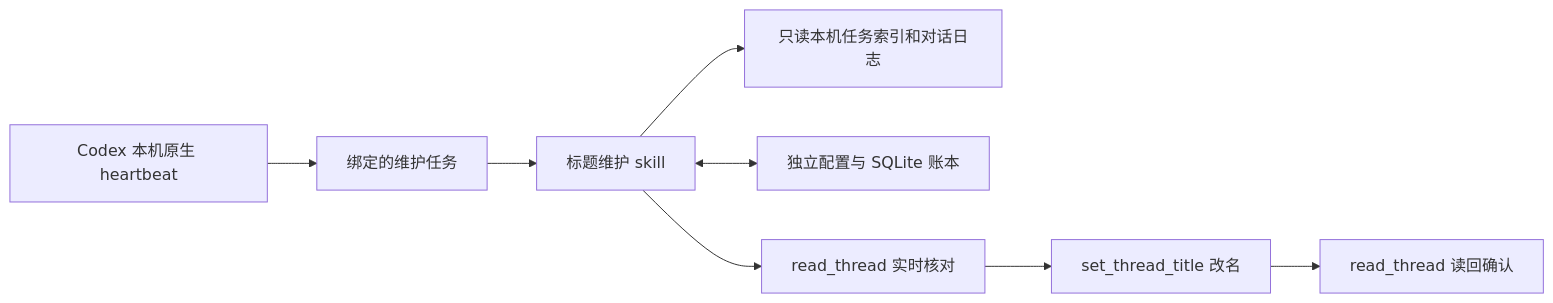
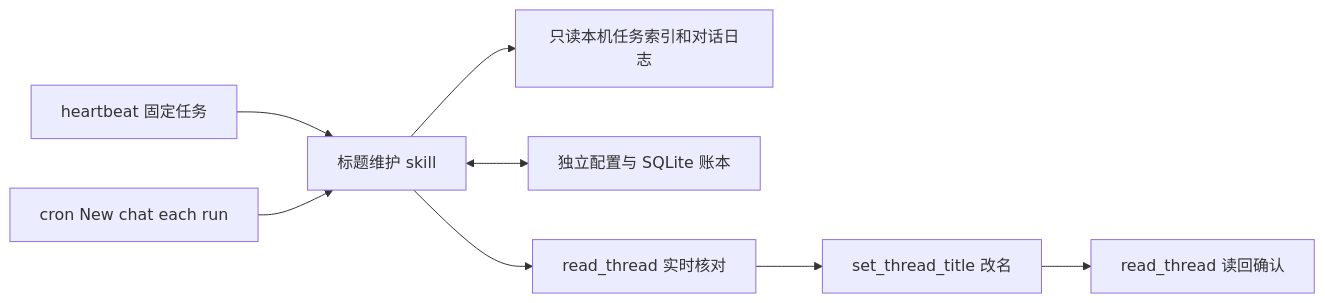
The diagram in README.md (tyler4400/codex-title-maintenance), drawn with Mermaid before and after one commit. The commit also changed other lines of this file and 14 other files, not shown here.

````diff
--- a/README.md
+++ b/README.md
@@ -65,10 +65,10 @@
 ```mermaid
 flowchart LR
-    A[Codex 本机原生 heartbeat] --> B[绑定的维护任务]
-    B --> C[标题维护 skill]
+    A[heartbeat 固定任务] --> C[标题维护 skill]
+    B[cron New chat each run] --> C
     C --> D[只读本机任务索引和对话日志]
     C <--> E[独立配置与 SQLite 账本]
     C --> F[read_thread 实时核对]
     F --> G[set_thread_title 改名]
     G --> H[read_thread 读回确认]
 ```
````
